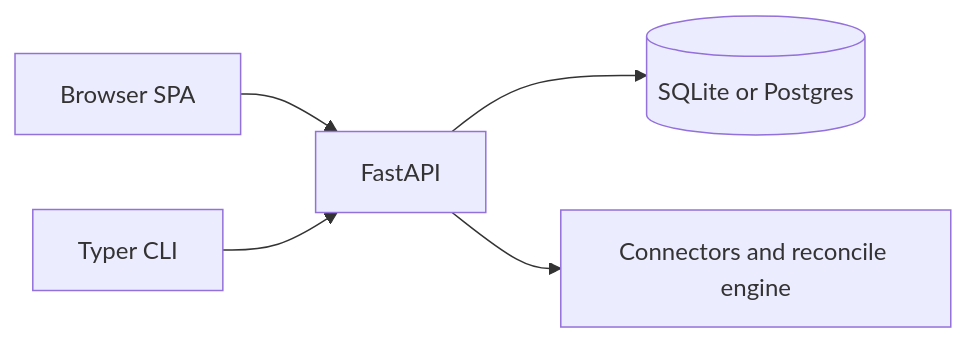
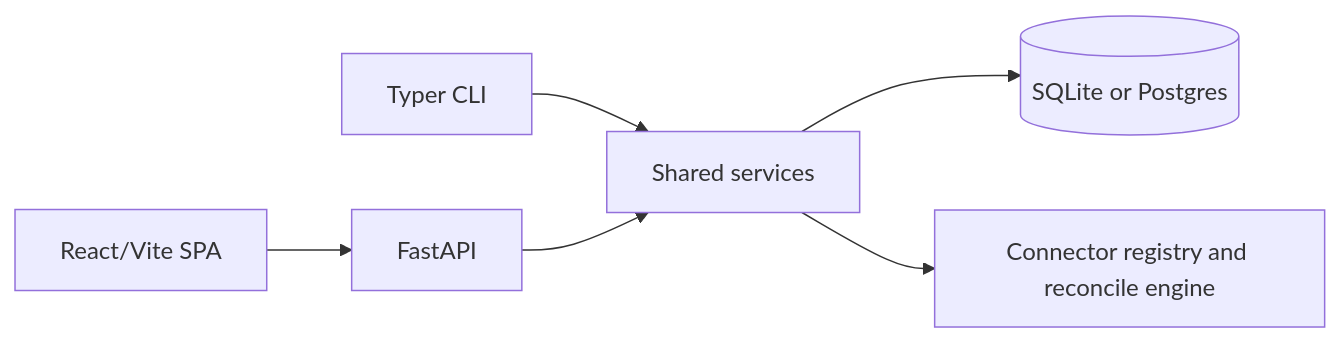
One commit to riddhisc/Crpytoorbit changed the first of 2 diagrams in README.md. Above: the diagram before and after it, drawn with Mermaid. The commit also changed other lines of this file and 1 other file, not shown here.

````diff
--- a/README.md
+++ b/README.md
@@ -32,7 +58,8 @@
 ```mermaid
 flowchart LR
-  Browser["Browser SPA"] --> API["FastAPI"]
-  CLI["Typer CLI"] --> API
-  API --> DB[("SQLite or Postgres")]
-  API --> Files["Connectors and reconcile engine"]
+  Browser["React/Vite SPA"] --> API["FastAPI"]
+  CLI["Typer CLI"] --> Services["Shared services"]
+  API --> Services
+  Services --> DB[("SQLite or Postgres")]
+  Services --> Files["Connector registry and reconcile engine"]
 ```
````
